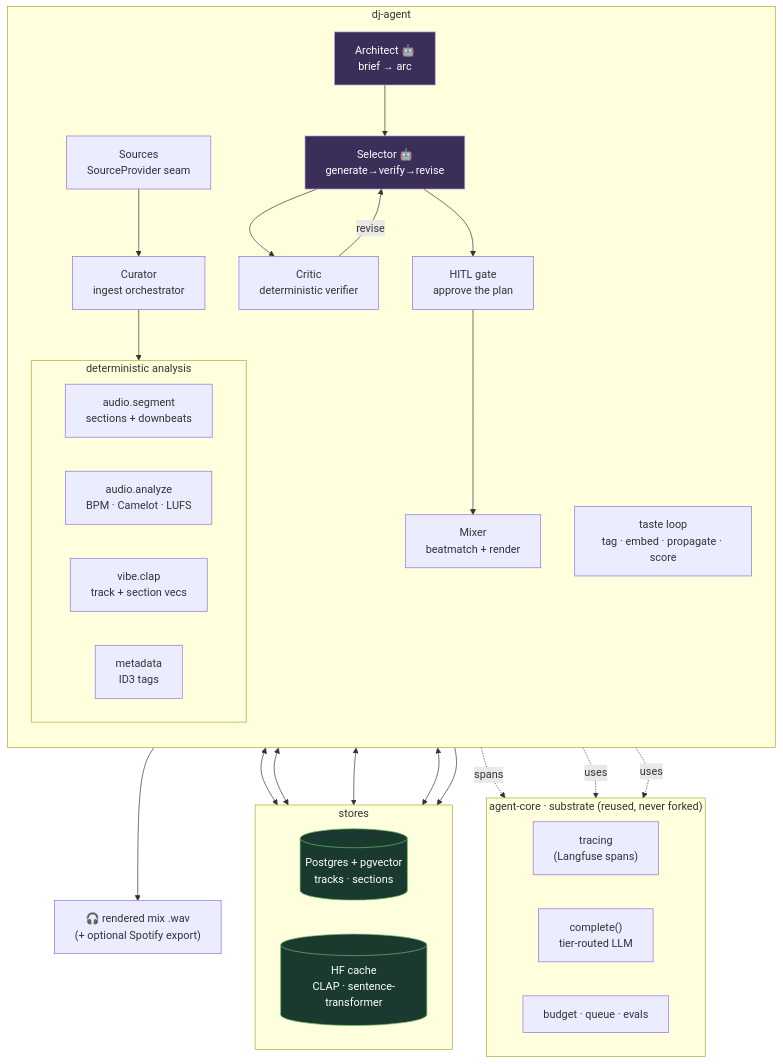
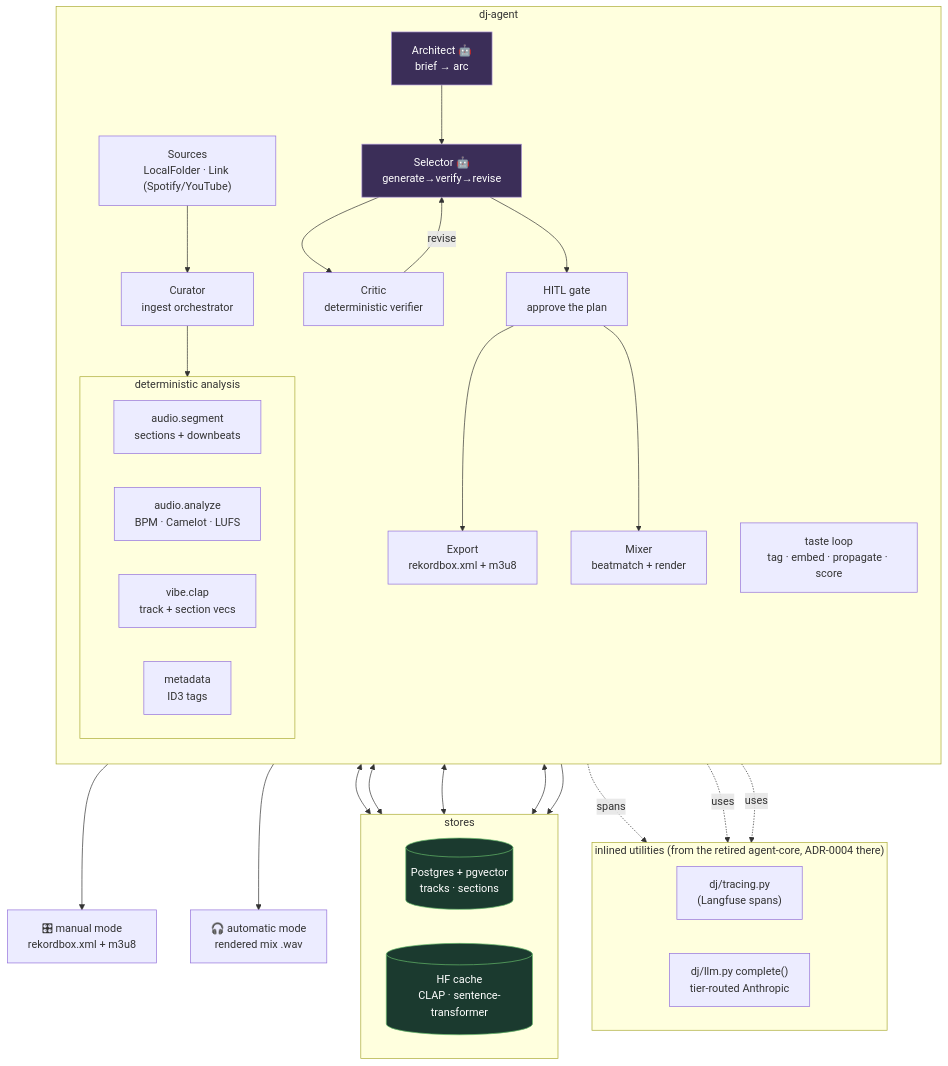
One commit to geogoesbeepboop/dj-agent changed the first of 5 diagrams in docs/architecture.md. Above: the diagram before and after it, drawn with Mermaid. The commit also changed other lines of this file and 46 other files, not shown here.

````diff
--- a/docs/architecture.md
+++ b/docs/architecture.md
@@ -23,52 +25,55 @@
 ```mermaid
 flowchart TB
-    subgraph core["agent-core · substrate (reused, never forked)"]
+    subgraph core["inlined utilities (from the retired agent-core, ADR-0004 there)"]
         direction LR
-        TRACE["tracing<br/>(Langfuse spans)"]
-        LLM["complete()<br/>tier-routed LLM"]
-        BUD["budget · queue · evals"]
+        TRACE["dj/tracing.py<br/>(Langfuse spans)"]
+        LLM["dj/llm.py complete()<br/>tier-routed Anthropic"]
     end
 
     subgraph dj["dj-agent"]
         direction TB
-        SRC["Sources<br/>SourceProvider seam"]
+        SRC["Sources<br/>LocalFolder · Link (Spotify/YouTube)"]
         CUR["Curator<br/>ingest orchestrator"]
         subgraph det["deterministic analysis"]
             direction LR
             SEG["audio.segment<br/>sections + downbeats"]
             ANA["audio.analyze<br/>BPM · Camelot · LUFS"]
             CLAP["vibe.clap<br/>track + section vecs"]
             META["metadata<br/>ID3 tags"]
         end
         TASTE["taste loop<br/>tag · embed · propagate · score"]
         ARCH["Architect 🤖<br/>brief → arc"]
         SEL["Selector 🤖<br/>generate→verify→revise"]
         CRIT["Critic<br/>deterministic verifier"]
         HITL["HITL gate<br/>approve the plan"]
         MIX["Mixer<br/>beatmatch + render"]
+        EXP["Export<br/>rekordbox.xml + m3u8"]
     end
 
     subgraph stores["stores"]
         direction LR
         PG[("Postgres + pgvector<br/>tracks · sections")]
         HF[("HF cache<br/>CLAP · sentence-transformer")]
     end
 
     SRC --> CUR --> det --> PG
     CUR -. spans .-> TRACE
     CLAP <--> HF
     TASTE <--> PG
     TASTE <--> HF
     ARCH --> SEL --> CRIT
     CRIT -- revise --> SEL
-    SEL --> HITL --> MIX
+    SEL --> HITL
+    HITL --> EXP
+    HITL --> MIX
     SEL <--> PG
     ARCH -. uses .-> LLM
     SEL -. uses .-> LLM
-    MIX --> OUT["🎧 rendered mix .wav<br/>(+ optional Spotify export)"]
+    EXP --> OUTM["🎛 manual mode<br/>rekordbox.xml + m3u8"]
+    MIX --> OUT["🎧 automatic mode<br/>rendered mix .wav"]
 
     classDef agent fill:#3b2e58,stroke:#b39ddb,color:#fff;
     classDef store fill:#1b3a2f,stroke:#66bb6a,color:#fff;
     class ARCH,SEL agent;
     class PG,HF store;
 ```
````
